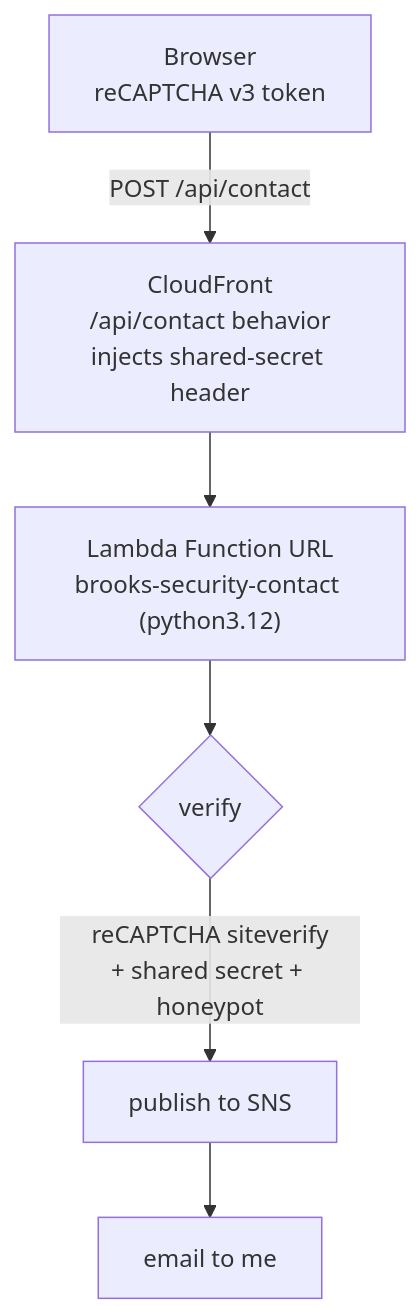
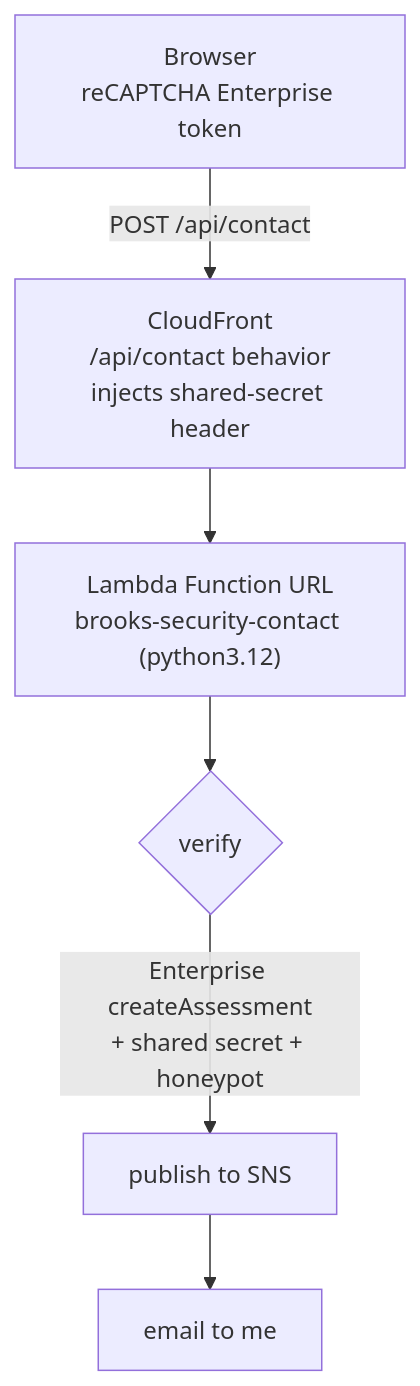
One commit to brooks-security-com/brooks-security.com changed the fourth of 4 diagrams in hugo/content/docs/Portfolio/GitOps.md. Above: the diagram before and after it, drawn with Mermaid. The commit also changed other lines of this file and 6 other files, not shown here.

First line of the commit message:
fix(contact): switch to reCAPTCHA Enterprise + add failure path

````diff
--- a/hugo/content/docs/Portfolio/GitOps.md
+++ b/hugo/content/docs/Portfolio/GitOps.md
@@ -102,8 +102,8 @@
 ```mermaid
 flowchart TD
-    B["Browser<br/>reCAPTCHA v3 token"] -->|"POST /api/contact"| CF["CloudFront<br/>/api/contact behavior<br/>injects shared-secret header"]
+    B["Browser<br/>reCAPTCHA Enterprise token"] -->|"POST /api/contact"| CF["CloudFront<br/>/api/contact behavior<br/>injects shared-secret header"]
     CF --> FU["Lambda Function URL<br/>brooks-security-contact (python3.12)"]
     FU --> V{"verify"}
-    V -->|"reCAPTCHA siteverify<br/>+ shared secret + honeypot"| OK["publish to SNS"]
+    V -->|"Enterprise createAssessment<br/>+ shared secret + honeypot"| OK["publish to SNS"]
     OK --> EM["email to me"]
 ```
````
